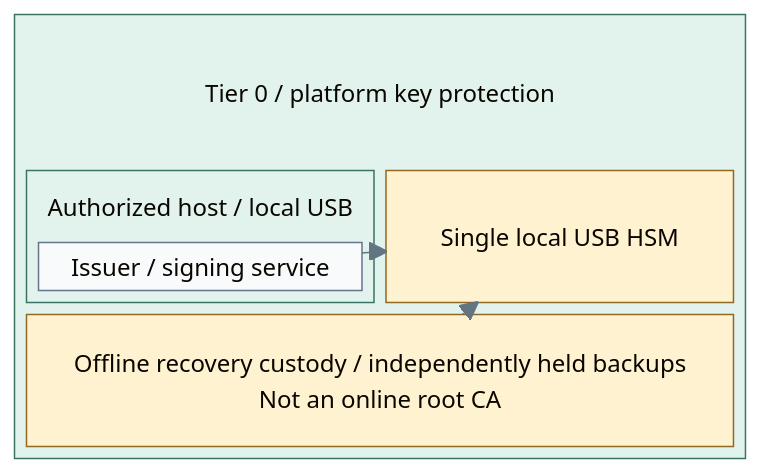
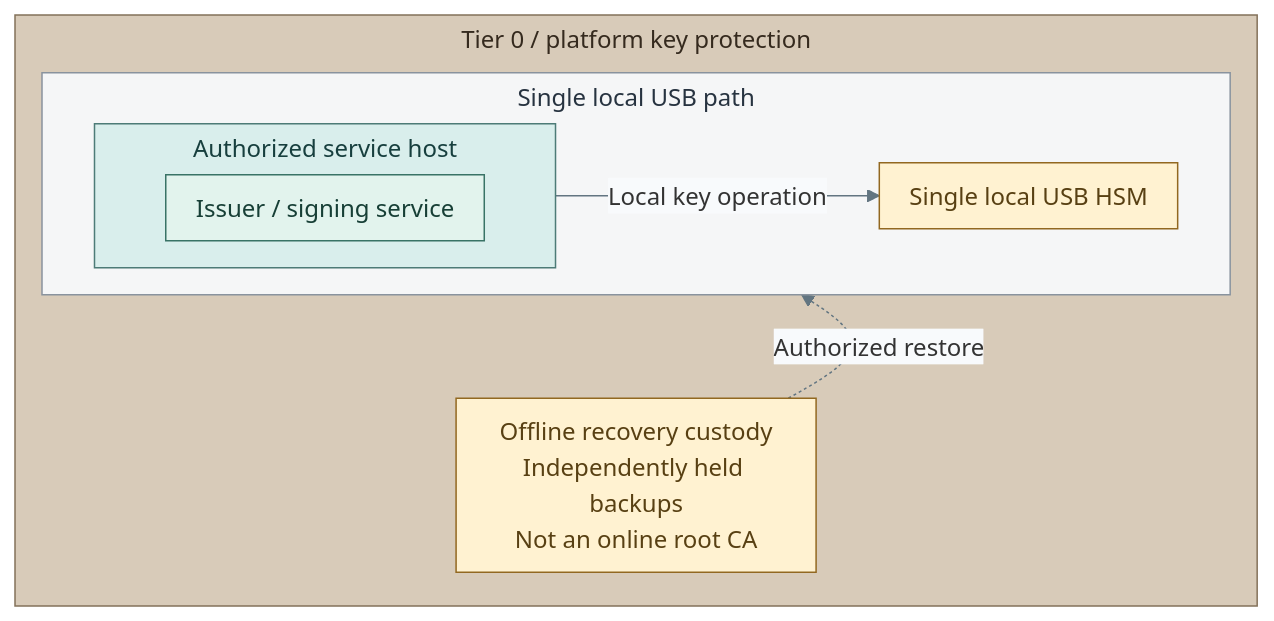
One commit to Rexus/homelab changed the second of 4 diagrams in docs/01-architecture/08-cryptography/03-hsm-selection.md. Above: the diagram before and after it, drawn with Mermaid. The commit also changed other lines of this file and 108 other files, not shown here.

Commit message:
docs(diagrams): unify visual language and opening views

````diff
--- a/docs/01-architecture/08-cryptography/03-hsm-selection.md
+++ b/docs/01-architecture/08-cryptography/03-hsm-selection.md
@@ -63,25 +65,29 @@
 ```mermaid
-%%{init: {"theme":"base","flowchart":{"nodeSpacing":20,"rankSpacing":24,"padding":12,"subGraphTitleMargin":{"top":4,"bottom":12}},"themeVariables":{"lineColor":"#627581","edgeLabelBackground":"#f8fafc"}}}%%
-block-beta
-  columns 1
-  block:T0
-    columns 2
-    T0Title["Tier 0 / platform key protection"]:2
-    block:Host
-      columns 1
-      HostTitle["Authorized host / local USB"]
-      Service["Issuer / signing service"]
+%%{init: {"theme":"base","flowchart":{"nodeSpacing":16,"rankSpacing":20,"padding":10,"subGraphTitleMargin":{"top":4,"bottom":12}},"themeVariables":{"lineColor":"#627581","edgeLabelBackground":"#f8fafc"}}}%%
+flowchart TB
+  subgraph T0["Tier 0 / platform key protection"]
+    direction TB
+    subgraph Connected["Single local USB path"]
+      direction LR
+      subgraph Host["Authorized service host"]
+        Service["Issuer / signing service"]
+      end
+      Provider["Single local USB HSM"]
+      Host -->|Local key operation| Provider
     end
-    Provider["Single local USB HSM"]
-    Recovery["Offline recovery custody / independently held backups<br/>Not an online root CA"]:2
+    Recovery["Offline recovery custody<br/>Independently held backups<br/>Not an online root CA"]
+    Connected ~~~ Recovery
+    Recovery -. Authorized restore .-> Connected
   end
-  Service --> Provider
-  Recovery -.-> Provider
   classDef default fill:#f8fafc,stroke:#64748b,color:#1f2937
+  classDef tier0 fill:#d8cbb9,stroke:#83715a,color:#352a1e
+  classDef runtime fill:#d9eeec,stroke:#4d7b77,color:#173f3e
+  classDef group fill:#f5f6f7,stroke:#89939e,color:#273340
   classDef control fill:#e2f3ed,stroke:#397366,color:#173f36
-  classDef controlHeading fill:#e2f3ed,stroke:#e2f3ed,color:#173f36
   classDef custody fill:#fff2d1,stroke:#926820,color:#584013
-  class T0,Host control
-  class T0Title,HostTitle controlHeading
+  class T0 tier0
+  class Connected group
+  class Host runtime
+  class Service control
   class Provider,Recovery custody
 ```
````
